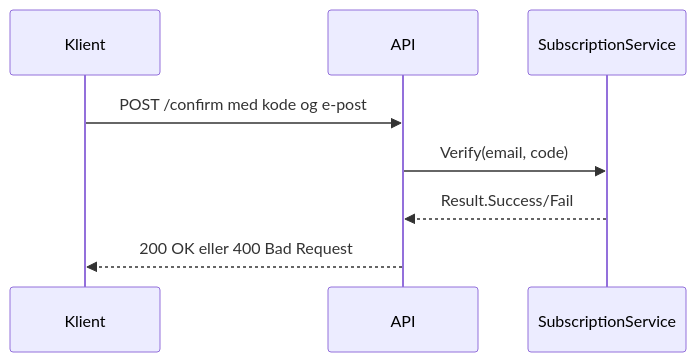
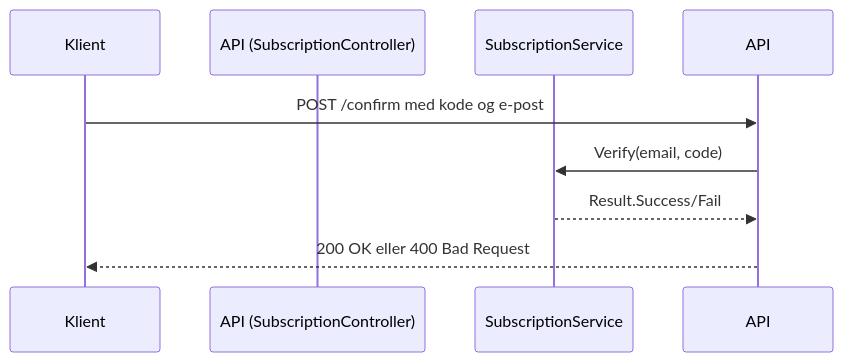
The second of 2 diagrams in README.md (Emsaso/GetNews), drawn with Mermaid before and after one commit.

````diff
--- a/README.md
+++ b/README.md
@@ -103,11 +103,11 @@
 ```mermaid
 sequenceDiagram
     participant Klient
-    participant API
+    participant API (SubscriptionController)
     participant SubscriptionService
 
     Klient->>API: POST /confirm med kode og e-post
     API->>SubscriptionService: Verify(email, code)
     SubscriptionService-->>API: Result.Success/Fail
     API-->>Klient: 200 OK eller 400 Bad Request
 ```
````
